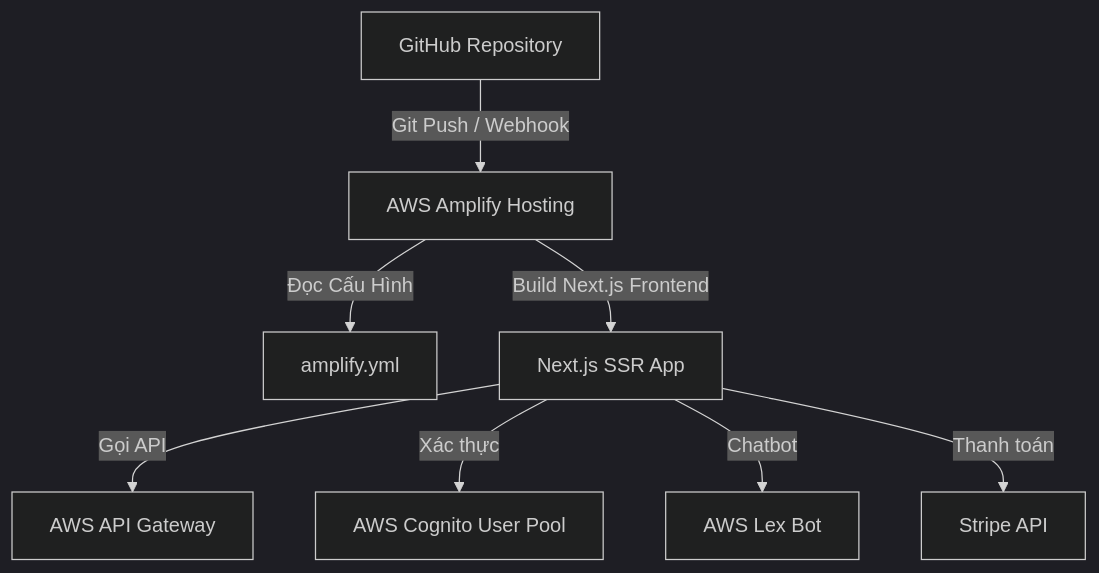
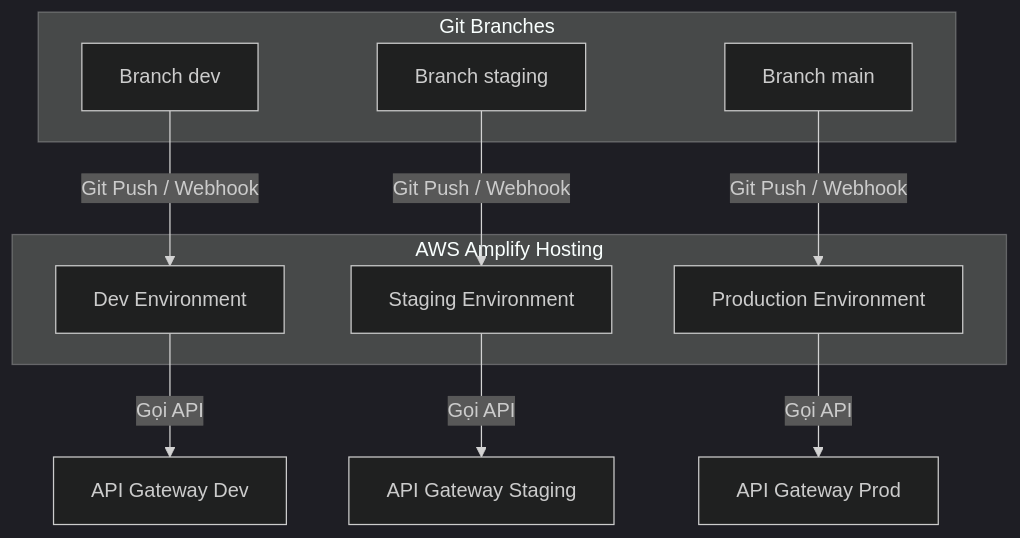
One commit to DuyThenh28/music-instrumentstore changed the diagram in docs/huong_dan_trien_khai_amplify.md. Above: the diagram before and after it, drawn with Mermaid (dark theme). The commit also changed other lines of this file and 3 other files, not shown here.

Commit message:
docs: update git workflow and amplify deployment guides for staging branch

````diff
--- a/docs/huong_dan_trien_khai_amplify.md
+++ b/docs/huong_dan_trien_khai_amplify.md
@@ -13,10 +13,22 @@
 ```mermaid
 graph TD
-    Github[GitHub Repository] -->|Git Push / Webhook| Amplify[AWS Amplify Hosting]
-    Amplify -->|Đọc Cấu Hình| Spec[amplify.yml]
-    Amplify -->|Build Next.js Frontend| NextJS[Next.js SSR App]
-    NextJS -->|Gọi API| APIGW[AWS API Gateway]
-    NextJS -->|Xác thực| Cognito[AWS Cognito User Pool]
-    NextJS -->|Chatbot| Lex[AWS Lex Bot]
-    NextJS -->|Thanh toán| Stripe[Stripe API]
+    subgraph Git Branches
+        dev[Branch dev]
+        staging[Branch staging]
+        main[Branch main]
+    end
+
+    subgraph AWS Amplify Hosting
+        AmpDev[Dev Environment]
+        AmpStaging[Staging Environment]
+        AmpProd[Production Environment]
+    end
+
+    dev -->|Git Push / Webhook| AmpDev
+    staging -->|Git Push / Webhook| AmpStaging
+    main -->|Git Push / Webhook| AmpProd
+
+    AmpDev -->|Gọi API| APIGW_Dev[API Gateway Dev]
+    AmpStaging -->|Gọi API| APIGW_Staging[API Gateway Staging]
+    AmpProd -->|Gọi API| APIGW_Prod[API Gateway Prod]
 ```
````
